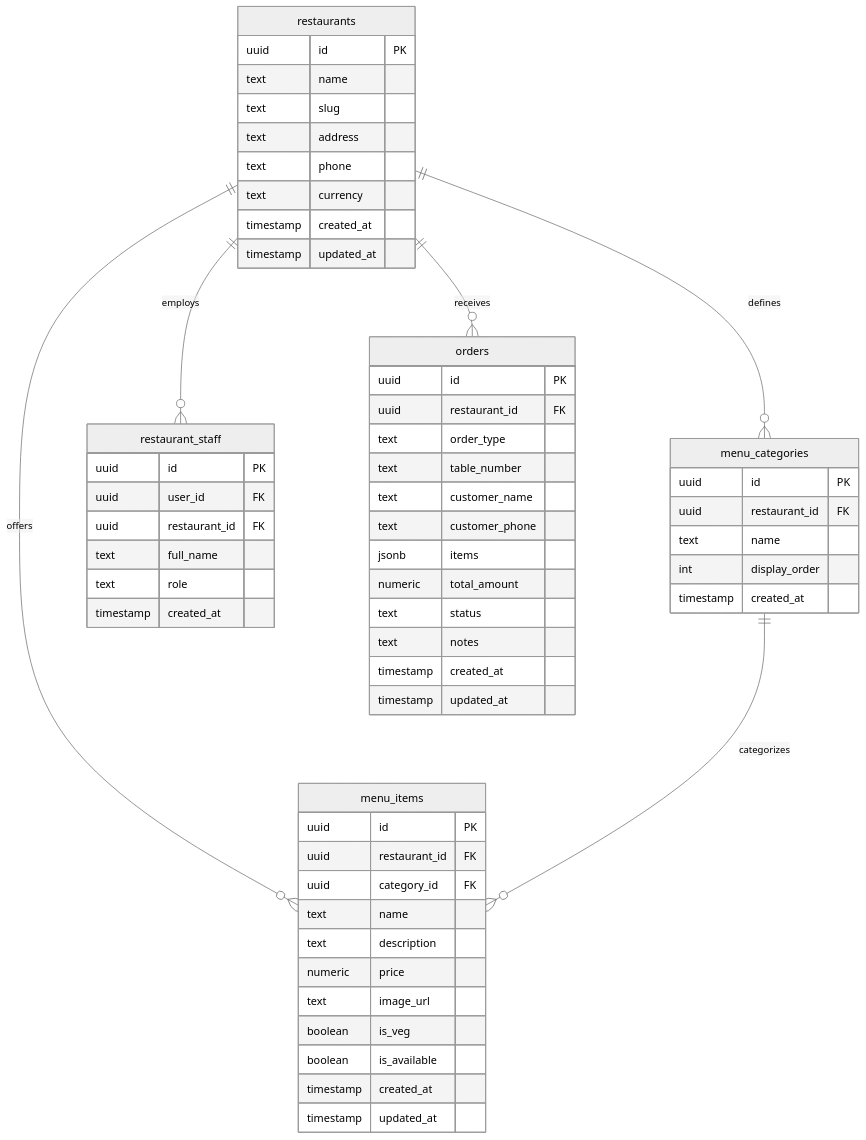
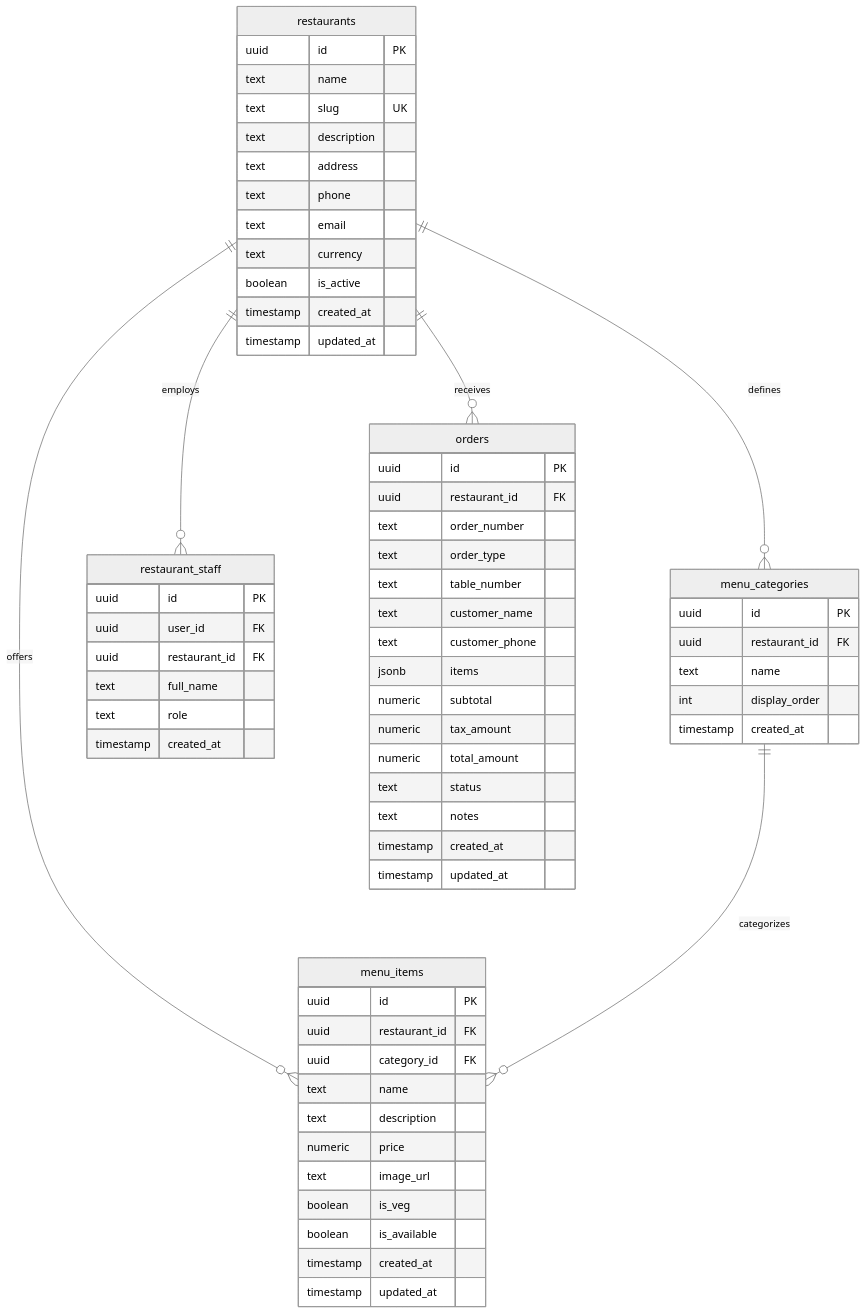
Before and after one commit to aryamanoff-code/DineFlow: the diagram in docs/DATABASE.md, drawn with Mermaid (neutral theme). The commit also changed other lines of this file and 4 other files, not shown here.

Commit message:
feat(database): implement PostgreSQL schema migration, RLS policies, secure order RPC, seed data, and setup documentation

````diff
--- a/docs/DATABASE.md
+++ b/docs/DATABASE.md
@@ -18,65 +18,71 @@
 ```mermaid
 erDiagram
     restaurants ||--o{ menu_categories : "defines"
     restaurants ||--o{ menu_items : "offers"
     restaurants ||--o{ restaurant_staff : "employs"
     restaurants ||--o{ orders : "receives"
     menu_categories ||--o{ menu_items : "categorizes"
 
     restaurants {
         uuid id PK
         text name
-        text slug
+        text slug UK
+        text description
         text address
         text phone
+        text email
         text currency
+        boolean is_active
         timestamp created_at
         timestamp updated_at
     }
 
     menu_categories {
         uuid id PK
         uuid restaurant_id FK
         text name
         int display_order
         timestamp created_at
     }
 
     menu_items {
         uuid id PK
         uuid restaurant_id FK
         uuid category_id FK
         text name
         text description
         numeric price
         text image_url
         boolean is_veg
         boolean is_available
         timestamp created_at
         timestamp updated_at
     }
 
     restaurant_staff {
         uuid id PK
         uuid user_id FK
         uuid restaurant_id FK
         text full_name
         text role
         timestamp created_at
     }
 
     orders {
         uuid id PK
         uuid restaurant_id FK
+        text order_number
         text order_type
         text table_number
         text customer_name
         text customer_phone
         jsonb items
+        numeric subtotal
+        numeric tax_amount
         numeric total_amount
         text status
         text notes
         timestamp created_at
         timestamp updated_at
     }
 ```
````
